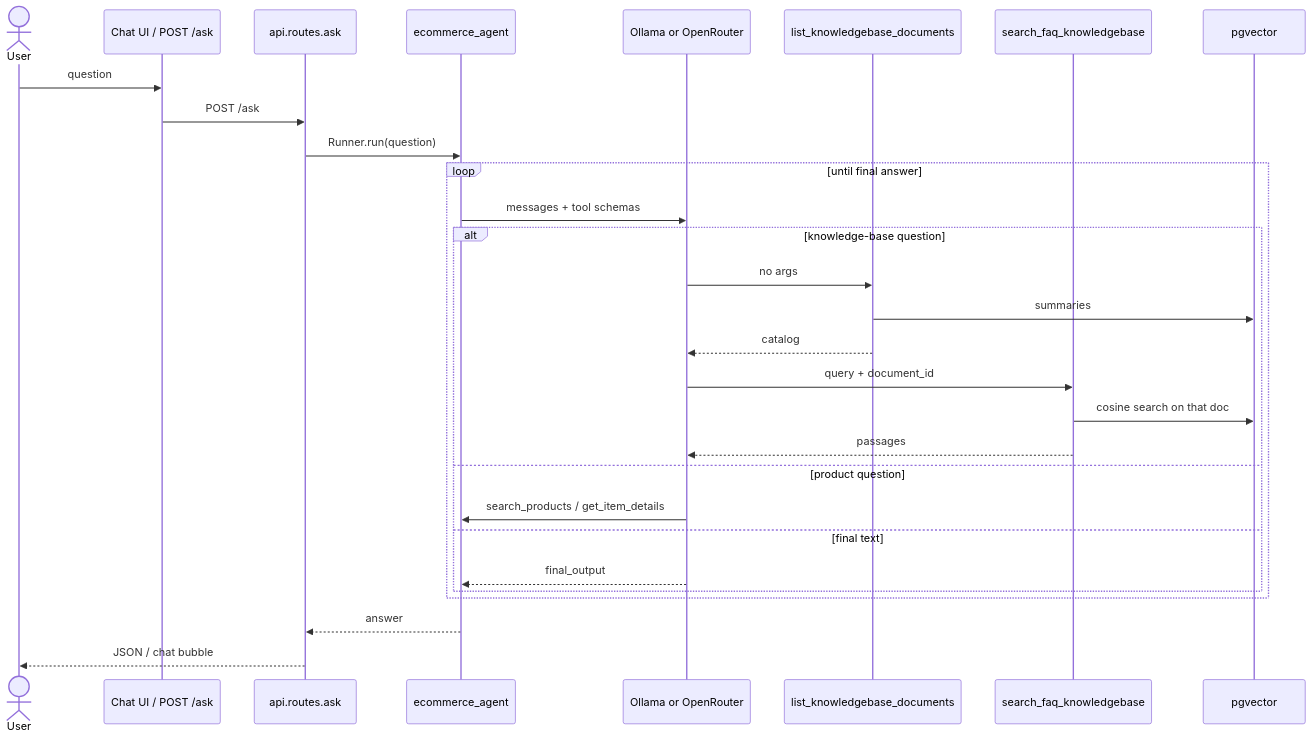
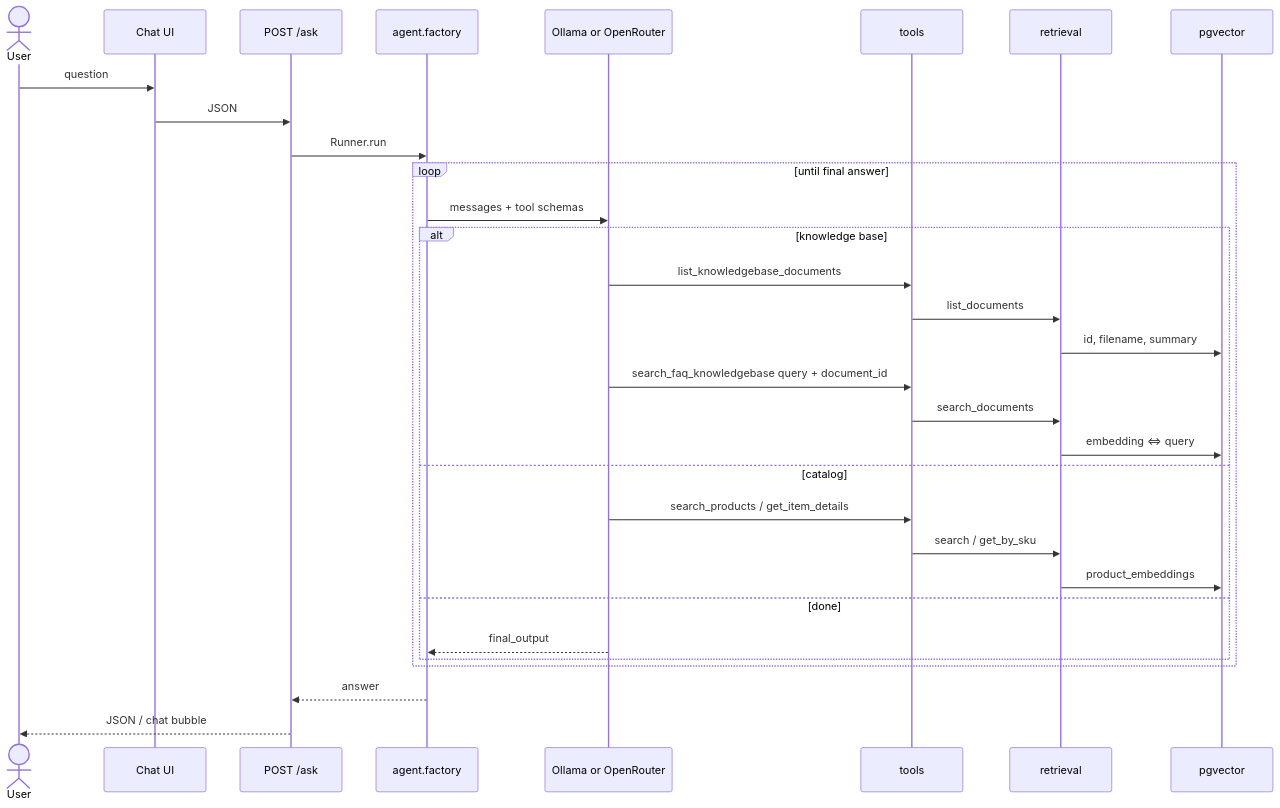
Before and after one commit to JJTorresDS/ecommerce-agent: the second of 4 diagrams in architecture.md, drawn with Mermaid. The commit also changed other lines of this file and 10 other files, not shown here.

````diff
--- a/architecture.md
+++ b/architecture.md
@@ -91,34 +125,36 @@
 ```mermaid
 sequenceDiagram
     actor User
-    participant UI as Chat UI / POST /ask
-    participant App as api.routes.ask
-    participant Agent as ecommerce_agent
+    participant UI as Chat UI
+    participant Ask as POST /ask
+    participant Agent as agent.factory
     participant LLM as Ollama or OpenRouter
-    participant List as list_knowledgebase_documents
-    participant Search as search_faq_knowledgebase
+    participant Tools as tools
+    participant Retrieval as retrieval
     participant DB as pgvector
 
     User->>UI: question
-    UI->>App: POST /ask
-    App->>Agent: Runner.run(question)
+    UI->>Ask: JSON
+    Ask->>Agent: Runner.run
 
     loop until final answer
         Agent->>LLM: messages + tool schemas
-        alt knowledge-base question
-            LLM->>List: no args
-            List->>DB: summaries
-            List-->>LLM: catalog
-            LLM->>Search: query + document_id
-            Search->>DB: cosine search on that doc
-            Search-->>LLM: passages
-        else product question
-            LLM->>Agent: search_products / get_item_details
-        else final text
+        alt knowledge base
+            LLM->>Tools: list_knowledgebase_documents
+            Tools->>Retrieval: list_documents
+            Retrieval->>DB: id, filename, summary
+            LLM->>Tools: search_faq_knowledgebase query + document_id
+            Tools->>Retrieval: search_documents
+            Retrieval->>DB: embedding <=> query
+        else catalog
+            LLM->>Tools: search_products / get_item_details
+            Tools->>Retrieval: search / get_by_sku
+            Retrieval->>DB: product_embeddings
+        else done
             LLM-->>Agent: final_output
         end
     end
 
-    Agent-->>App: answer
-    App-->>User: JSON / chat bubble
+    Agent-->>Ask: answer
+    Ask-->>User: JSON / chat bubble
 ```
````
